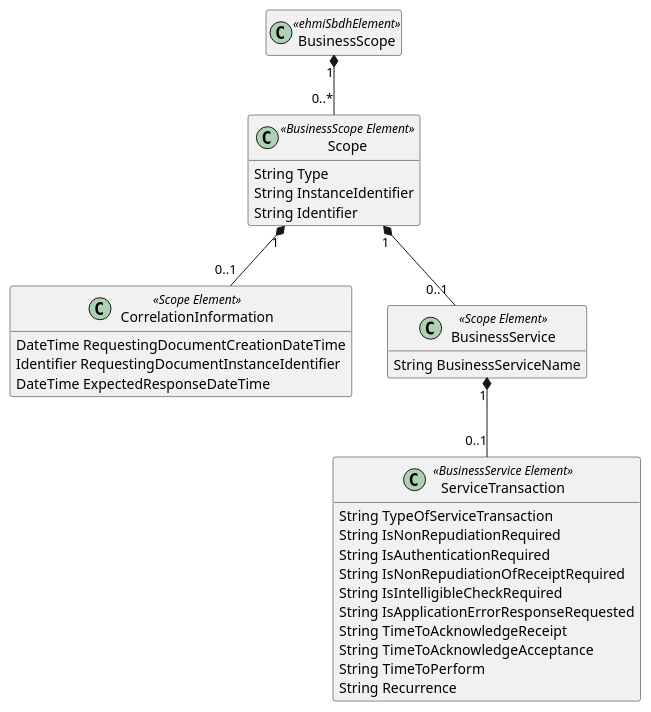
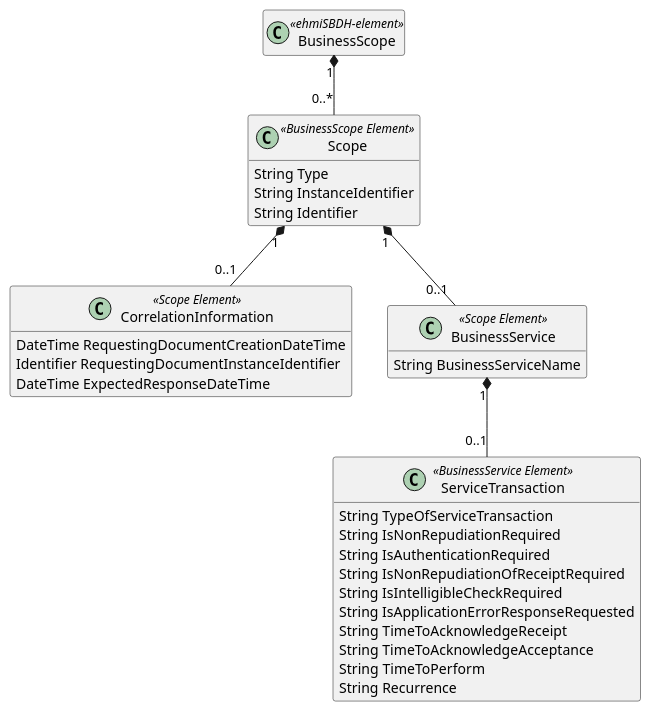
The diagram in images-source/ClassSbdhBusinessScopeComplex.plantuml (medcomdk/dk-ehmi-sbdh), drawn with PlantUML before and after one commit. The commit also changed 9 other files, not shown here.

```diff
--- a/images-source/ClassSbdhBusinessScopeComplex.plantuml
+++ b/images-source/ClassSbdhBusinessScopeComplex.plantuml
@@ -1,54 +1,54 @@
 @startuml SBD
 
 hide empty members
 
 class BusinessScope
 {
 }
 
 class Scope
 {
     String Type
     String InstanceIdentifier
     String Identifier
 }
 
 Class CorrelationInformation
 {
     DateTime RequestingDocumentCreationDateTime
     Identifier RequestingDocumentInstanceIdentifier
     DateTime ExpectedResponseDateTime
 }
 
 Class BusinessService
 {
     String BusinessServiceName
 }
 
 Class ServiceTransaction
 {
     String TypeOfServiceTransaction
     String IsNonRepudiationRequired
     String IsAuthenticationRequired
     String IsNonRepudiationOfReceiptRequired
     String IsIntelligibleCheckRequired 
     String IsApplicationErrorResponseRequested
     String TimeToAcknowledgeReceipt
     String TimeToAcknowledgeAcceptance
     String TimeToPerform
     String Recurrence
   
 }
 
-class "BusinessScope" as BusinessScope <<ehmiSbdhElement>>
+class "BusinessScope" as BusinessScope <<ehmiSBDH-element>>
 class "Scope" as Scope <<BusinessScope Element>>
 class "CorrelationInformation" as CorrelationInformation <<Scope Element>>
 class "BusinessService" as BusinessService <<Scope Element>>
 class "ServiceTransaction" as ServiceTransaction <<BusinessService Element>>
 
 BusinessScope "1" *-- "0..*" Scope
 Scope "1" *-- "0..1" CorrelationInformation
 Scope "1" *-- "0..1" BusinessService
 BusinessService "1" *-- "0..1" ServiceTransaction
 
 @enduml
```
